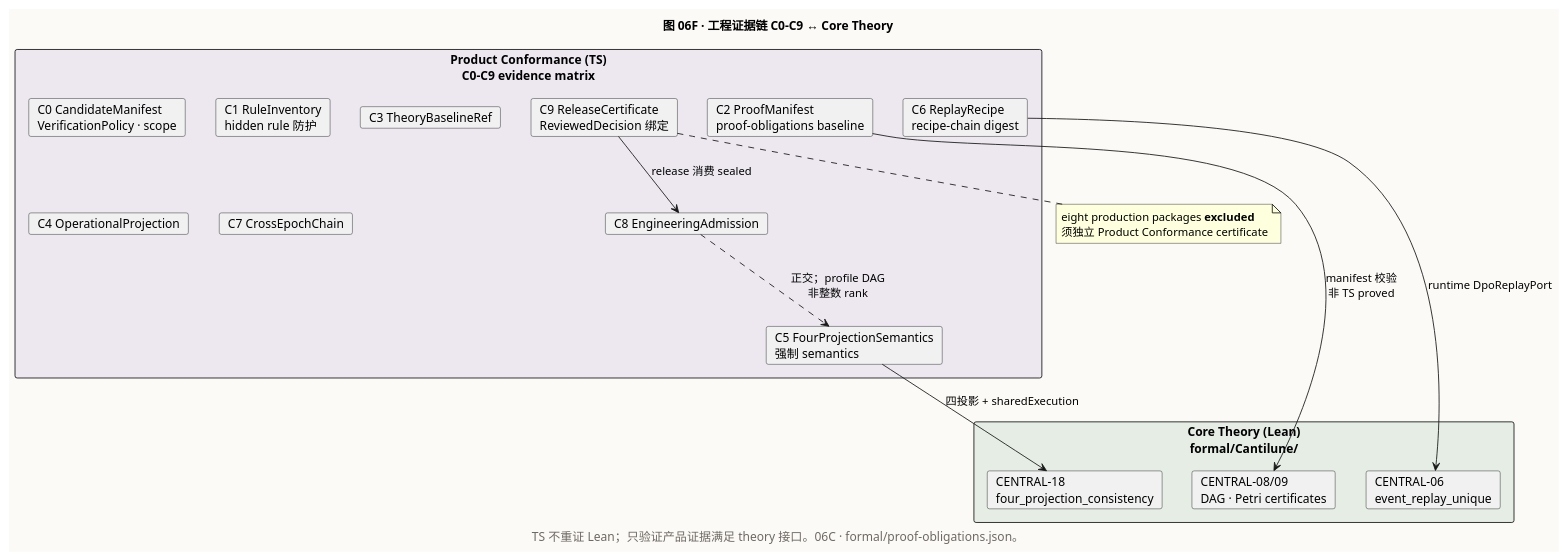
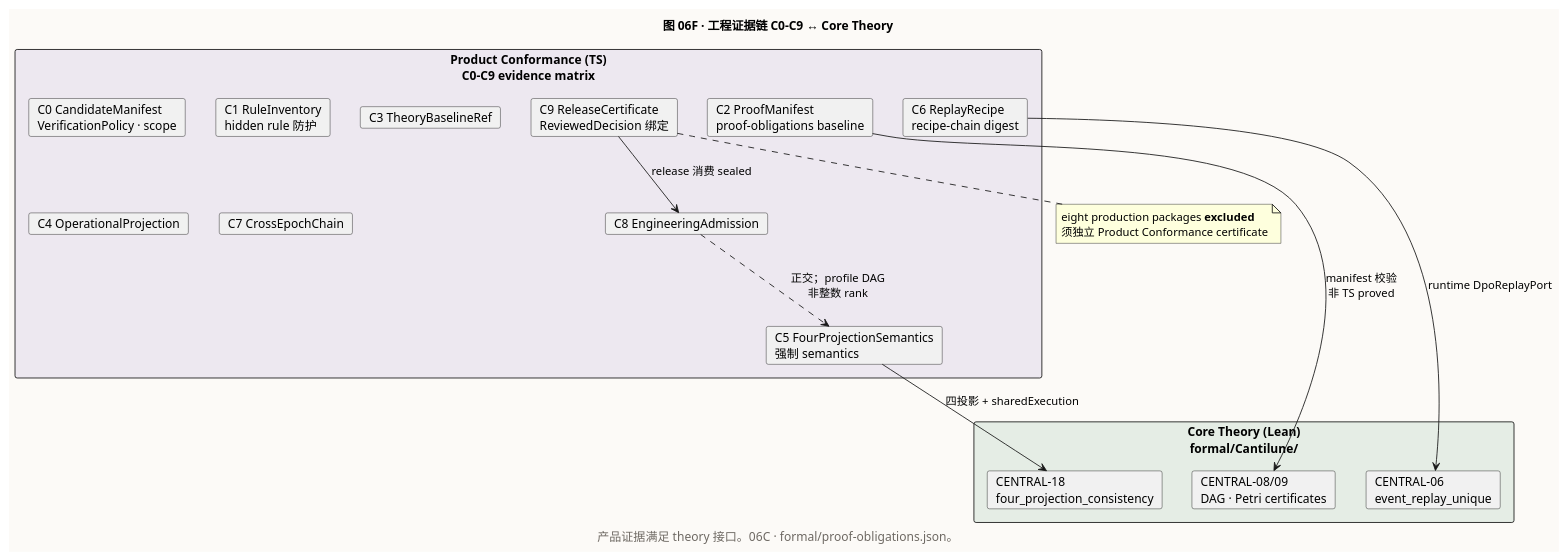
The diagram in diagrams/06-conformance/06f-theory.puml (Moonweave-AI/cantilune), drawn with PlantUML before and after one commit. The commit also changed 777 other files, not shown here.

```diff
--- a/diagrams/06-conformance/06f-theory.puml
+++ b/diagrams/06-conformance/06f-theory.puml
@@ -1,41 +1,41 @@
 @startuml 06f-theory
 ' 图 06F：C0–C9 证据链 ↔ formal/proof-obligations 理论映射。
 
 skinparam backgroundColor #FCFAF7
 skinparam shadowing false
 skinparam defaultFontName "Microsoft YaHei"
 
 title 图 06F · 工程证据链 C0–C9 ↔ Core Theory
-caption <color:#6E6963>TS 不重证 Lean；只验证产品证据满足 theory 接口。06C · formal/proof-obligations.json。</color>
+caption <color:#6E6963>产品证据满足 theory 接口。06C · formal/proof-obligations.json。</color>
 
 rectangle "Core Theory (Lean)\nformal/Cantilune/" #E5EDE5 {
   card "CENTRAL-06\nevent_replay_unique" as T06
   card "CENTRAL-08/09\nDAG · Petri certificates" as T08
   card "CENTRAL-18\nfour_projection_consistency" as T18
 }
 
 rectangle "Product Conformance (TS)\nC0–C9 evidence matrix" #EDE8F0 {
   card "C0 CandidateManifest\nVerificationPolicy · scope" as C0
   card "C1 RuleInventory\nhidden rule 防护" as C1
   card "C2 ProofManifest\nproof-obligations baseline" as C2
   card "C3 TheoryBaselineRef" as C3
   card "C4 OperationalProjection" as C4
   card "C5 FourProjectionSemantics\n强制 semantics" as C5
   card "C6 ReplayRecipe\nrecipe-chain digest" as C6
   card "C7 CrossEpochChain" as C7
   card "C8 EngineeringAdmission" as C8
   card "C9 ReleaseCertificate\nReviewedDecision 绑定" as C9
 }
 
 C2 --> T08 : manifest 校验\n非 TS proved
 C6 --> T06 : runtime DpoReplayPort
 C5 --> T18 : 四投影 + sharedExecution
 C8 ..> C5 : 正交；profile DAG\n非整数 rank
 C9 --> C8 : release 消费 sealed
 
 note bottom
   eight production packages **excluded**
   须独立 Product Conformance certificate
 end note
 
 @enduml
```
